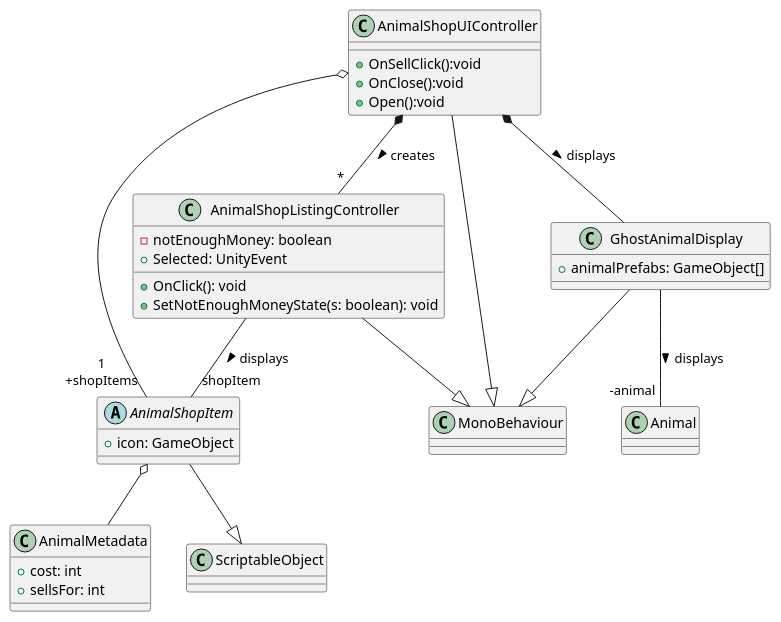
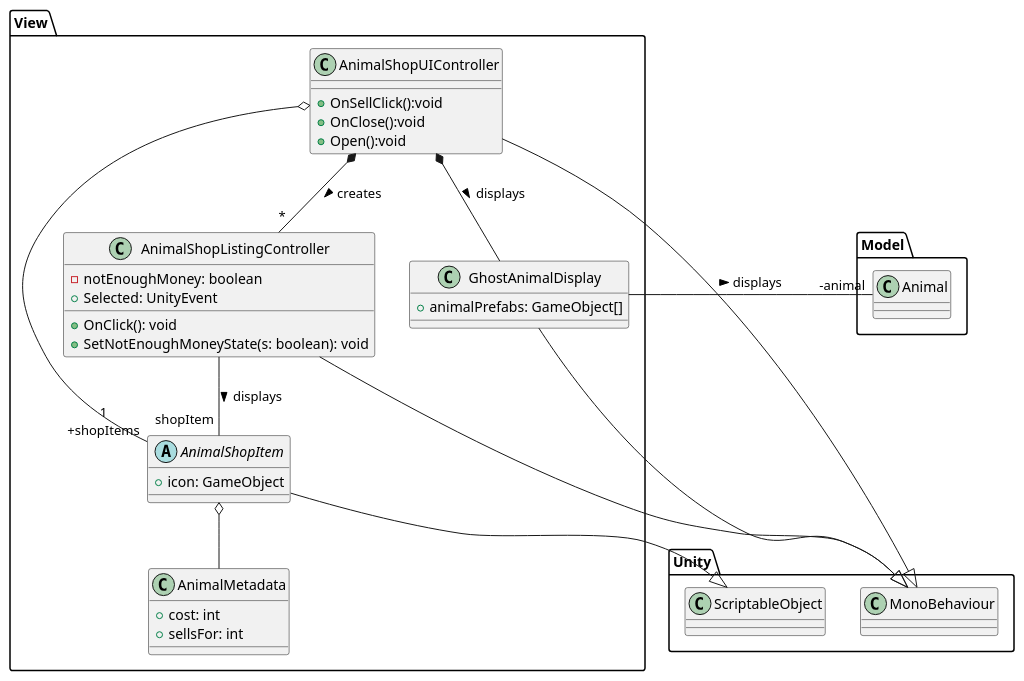
One commit to Peter-Balint/SafariGame changed the diagram in view/animal-shop-ui.plantuml. Above: the diagram before and after it, drawn with PlantUML. The commit also changed 9 other files, not shown here.

Commit message:
added namespaces to smaller diagrams for connections

```diff
--- a/view/animal-shop-ui.plantuml
+++ b/view/animal-shop-ui.plantuml
@@ -1,43 +1,50 @@
 @startuml
+namespace View{
 class AnimalShopUIController{
     +OnSellClick():void
     +OnClose():void
     +Open():void
 }
 
 class AnimalShopListingController{
     -notEnoughMoney: boolean
     +Selected: UnityEvent
     +OnClick(): void
     +SetNotEnoughMoneyState(s: boolean): void
 }
 
 class GhostAnimalDisplay{
     +animalPrefabs: GameObject[]
 }
 
 abstract class AnimalShopItem{
     +icon: GameObject
 }
 
 class AnimalMetadata{
     +cost: int
     +sellsFor: int
 }
+}
+
+class Unity.ScriptableObject{}
+class Unity.MonoBehaviour{}
+class Model.Animal{}
+
 
 AnimalShopItem --|> ScriptableObject
 AnimalShopUIController --|> MonoBehaviour
 AnimalShopListingController --|> MonoBehaviour
 GhostAnimalDisplay  --|> MonoBehaviour
 AnimalShopUIController  o-- "1\n+shopItems" AnimalShopItem
 
 AnimalShopUIController *-- "*" AnimalShopListingController : creates >
 
 AnimalShopListingController -- "shopItem" AnimalShopItem : displays >
 
-GhostAnimalDisplay -- "-animal" Animal: displays >
+GhostAnimalDisplay -right- "-animal" Animal: displays >
 
 AnimalShopItem o-- AnimalMetadata
 
 AnimalShopUIController *-- GhostAnimalDisplay : displays >
 @enduml
```
